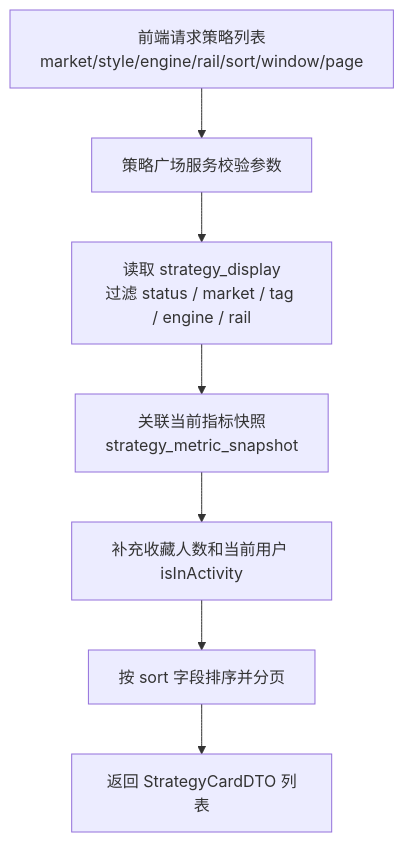
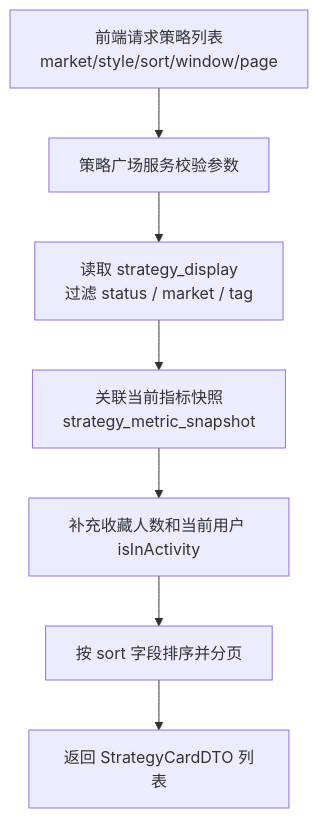
Before and after one commit to hongqnet/quantitative-strategy: the second of 10 diagrams in doc/strategy-marketplace-phase1-technical-architecture.md, drawn with Mermaid. The commit also changed other lines of this file and 3 other files, not shown here.

````diff
--- a/doc/strategy-marketplace-phase1-technical-architecture.md
+++ b/doc/strategy-marketplace-phase1-technical-architecture.md
@@ -162,9 +165,9 @@
 ```mermaid
 flowchart TD
-    A[前端请求策略列表<br/>market/style/engine/rail/sort/window/page] --> B[策略广场服务校验参数]
-    B --> C[读取 strategy_display<br/>过滤 status / market / tag / engine / rail]
+    A[前端请求策略列表<br/>market/style/sort/window/page] --> B[策略广场服务校验参数]
+    B --> C[读取 strategy_display<br/>过滤 status / market / tag]
     C --> D[关联当前指标快照<br/>strategy_metric_snapshot]
     D --> E[补充收藏人数和当前用户 isInActivity]
     E --> F[按 sort 字段排序并分页]
     F --> G[返回 StrategyCardDTO 列表]
 ```
````
